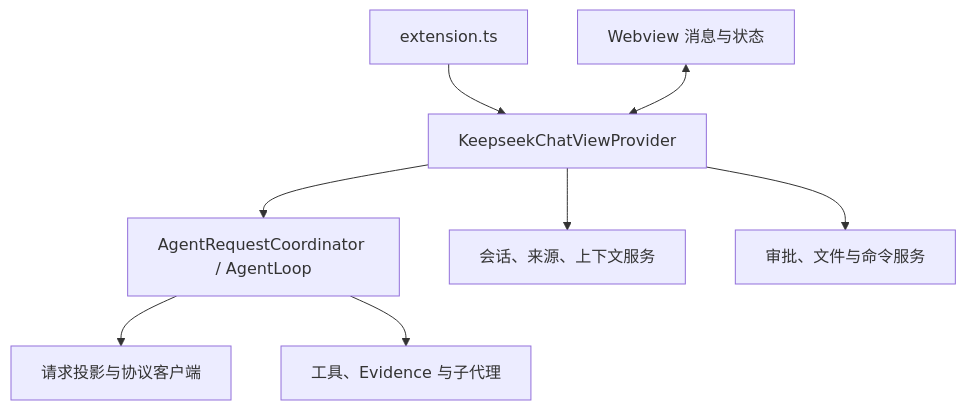
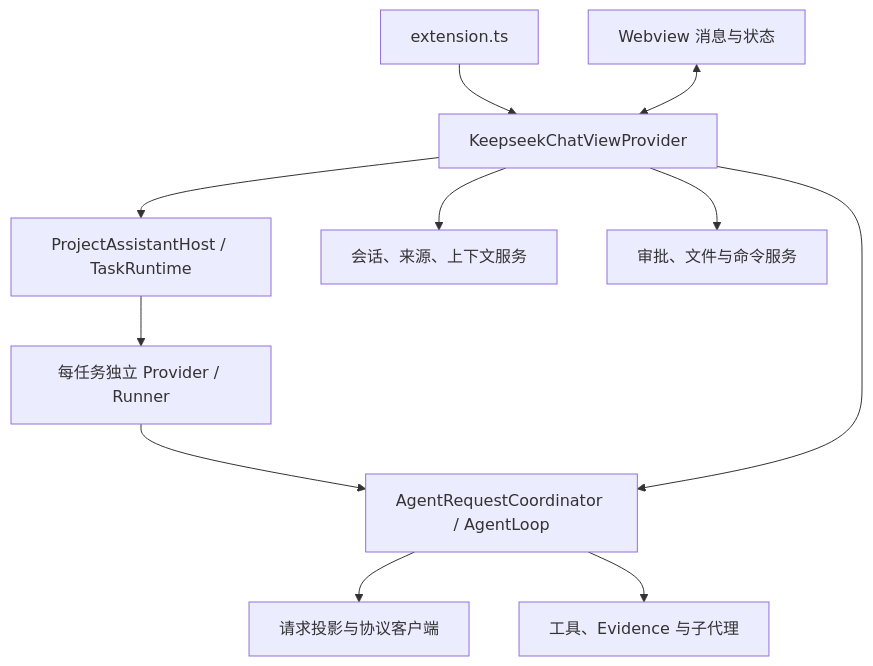
One commit to kmvdata/keepseek changed the diagram in doc/keepseek-code-architecture.md. Above: the diagram before and after it, drawn with Mermaid. The commit also changed other lines of this file and 86 other files, not shown here.

````diff
--- a/doc/keepseek-code-architecture.md
+++ b/doc/keepseek-code-architecture.md
@@ -9,10 +9,13 @@
 ```mermaid
 flowchart TD
   E["extension.ts"] --> P["KeepseekChatViewProvider"]
   W["Webview 消息与状态"] <--> P
+  P --> H["ProjectAssistantHost / TaskRuntime"]
+  H --> R["每任务独立 Provider / Runner"]
+  R --> A["AgentRequestCoordinator / AgentLoop"]
   P --> A["AgentRequestCoordinator / AgentLoop"]
   P --> S["会话、来源、上下文服务"]
   P --> D["审批、文件与命令服务"]
   A --> N["请求投影与协议客户端"]
   A --> T["工具、Evidence 与子代理"]
 ```
````
